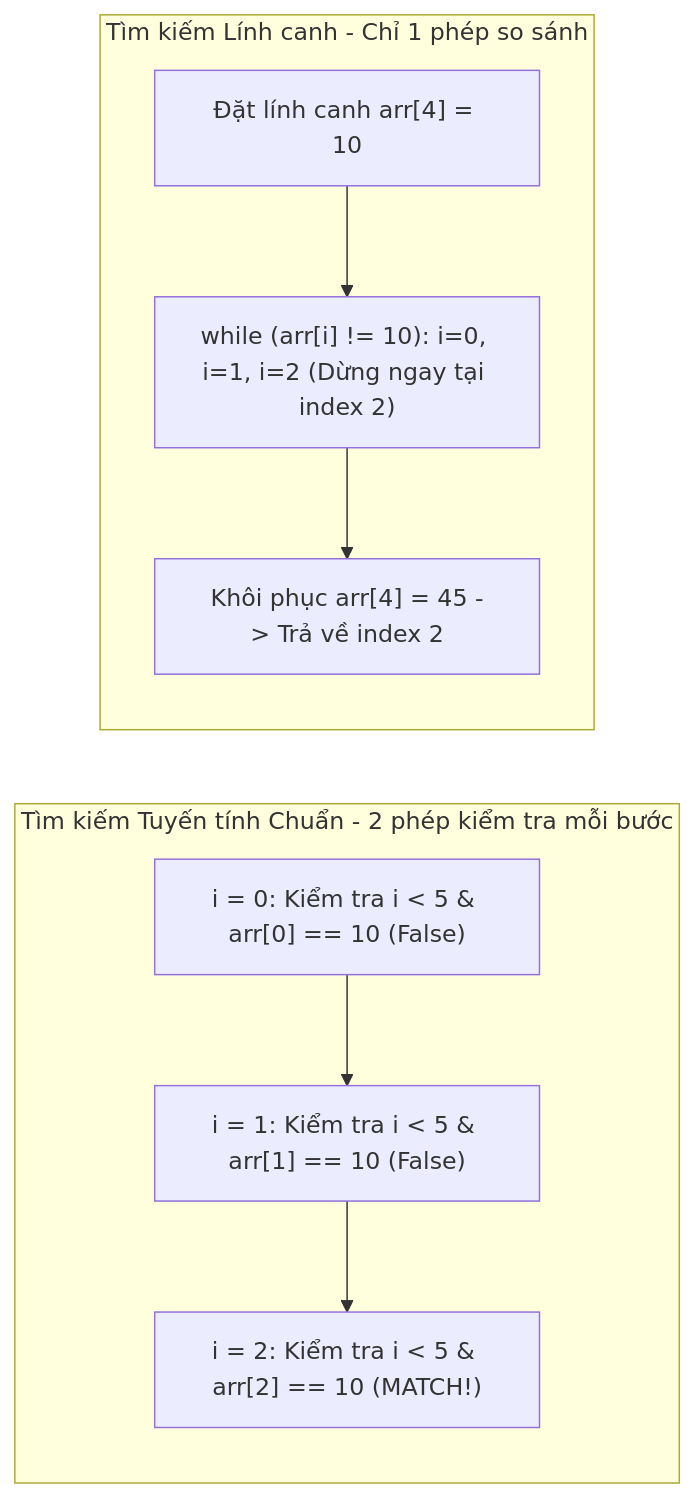
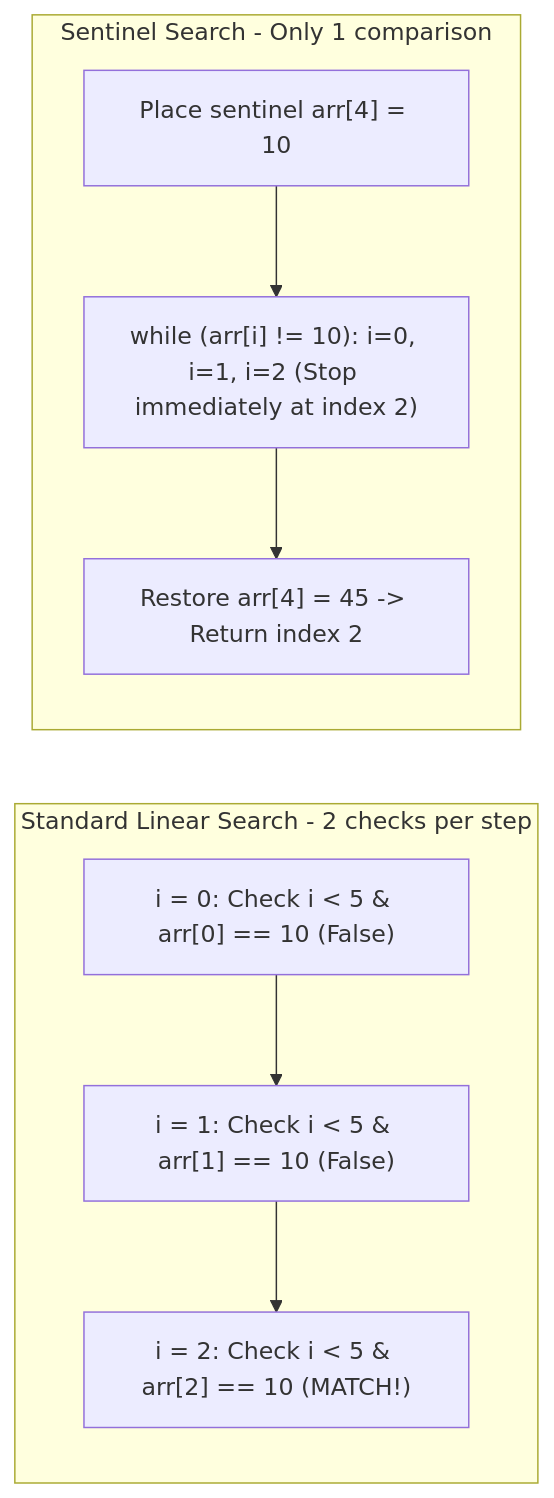
The diagram in src/data/blog/en/31-2026-06-04-linear-search-sequential-scanning-sentinel-technique-cpp.md (ga2631/ga2631.github.io), drawn with Mermaid before and after one commit. The commit also changed other lines of this file and 74 other files, not shown here.

````diff
--- a/src/data/blog/en/31-2026-06-04-linear-search-sequential-scanning-sentinel-technique-cpp.md
+++ b/src/data/blog/en/31-2026-06-04-linear-search-sequential-scanning-sentinel-technique-cpp.md
@@ -44,12 +44,12 @@
 ```mermaid
 flowchart LR
-    subgraph StandardSearch [Tìm kiếm Tuyến tính Chuẩn - 2 phép kiểm tra mỗi bước]
-        A0["i = 0: Kiểm tra i < 5 & arr[0] == 10 (False)"] --> A1["i = 1: Kiểm tra i < 5 & arr[1] == 10 (False)"]
-        A1 --> A2["i = 2: Kiểm tra i < 5 & arr[2] == 10 (MATCH!)"]
+    subgraph StandardSearch [Standard Linear Search - 2 checks per step]
+        A0["i = 0: Check i < 5 & arr[0] == 10 (False)"] --> A1["i = 1: Check i < 5 & arr[1] == 10 (False)"]
+        A1 --> A2["i = 2: Check i < 5 & arr[2] == 10 (MATCH!)"]
     end
-    subgraph SentinelSearch [Tìm kiếm Lính canh - Chỉ 1 phép so sánh]
-        B0["Đặt lính canh arr[4] = 10"]
-        B0 --> B1["while (arr[i] != 10): i=0, i=1, i=2 (Dừng ngay tại index 2)"]
-        B1 --> B2["Khôi phục arr[4] = 45 -> Trả về index 2"]
+    subgraph SentinelSearch [Sentinel Search - Only 1 comparison]
+        B0["Place sentinel arr[4] = 10"]
+        B0 --> B1["while (arr[i] != 10): i=0, i=1, i=2 (Stop immediately at index 2)"]
+        B1 --> B2["Restore arr[4] = 45 -> Return index 2"]
     end
 ```
````
